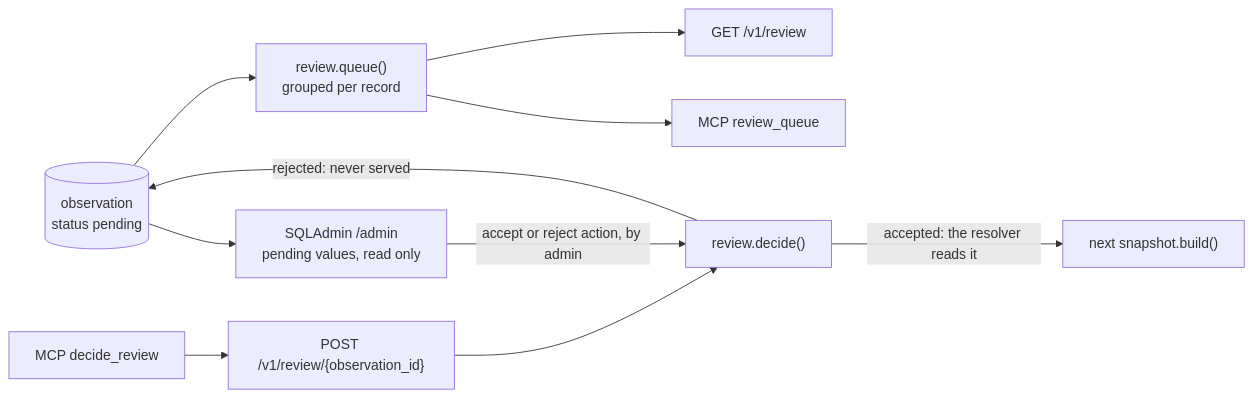
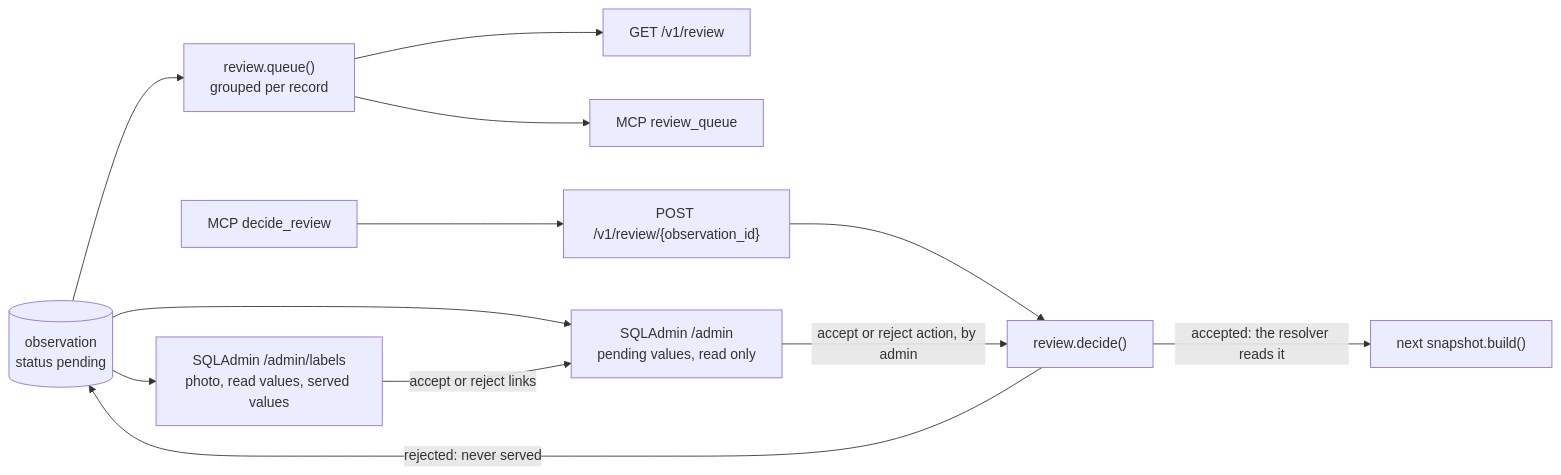
The fourth of 15 diagrams in docs/architecture.md (eait-fit/fooddb), drawn with Mermaid before and after one commit. The commit also changed other lines of this file and 25 other files, not shown here.

First line of the commit message:
feat: label-read lane: model port, photo evidence on observations (#12) (#34)

````diff
--- a/docs/architecture.md
+++ b/docs/architecture.md
@@ -332,12 +350,14 @@
 ```mermaid
 flowchart LR
     obs[("observation<br/>status pending")] --> q["review.queue()<br/>grouped per record"]
     q --> rest["GET /v1/review"]
     q --> mq["MCP review_queue"]
     obs --> adm["SQLAdmin /admin<br/>pending values, read only"]
+    obs --> lab["SQLAdmin /admin/labels<br/>photo, read values, served values"]
+    lab -->|"accept or reject links"| adm
     md["MCP decide_review"] --> post["POST /v1/review/{observation_id}"]
     post --> d["review.decide()"]
     adm -->|"accept or reject action, by admin"| d
     d -->|"accepted: the resolver reads it"| build["next snapshot.build()"]
     d -->|"rejected: never served"| obs
 ```
````
